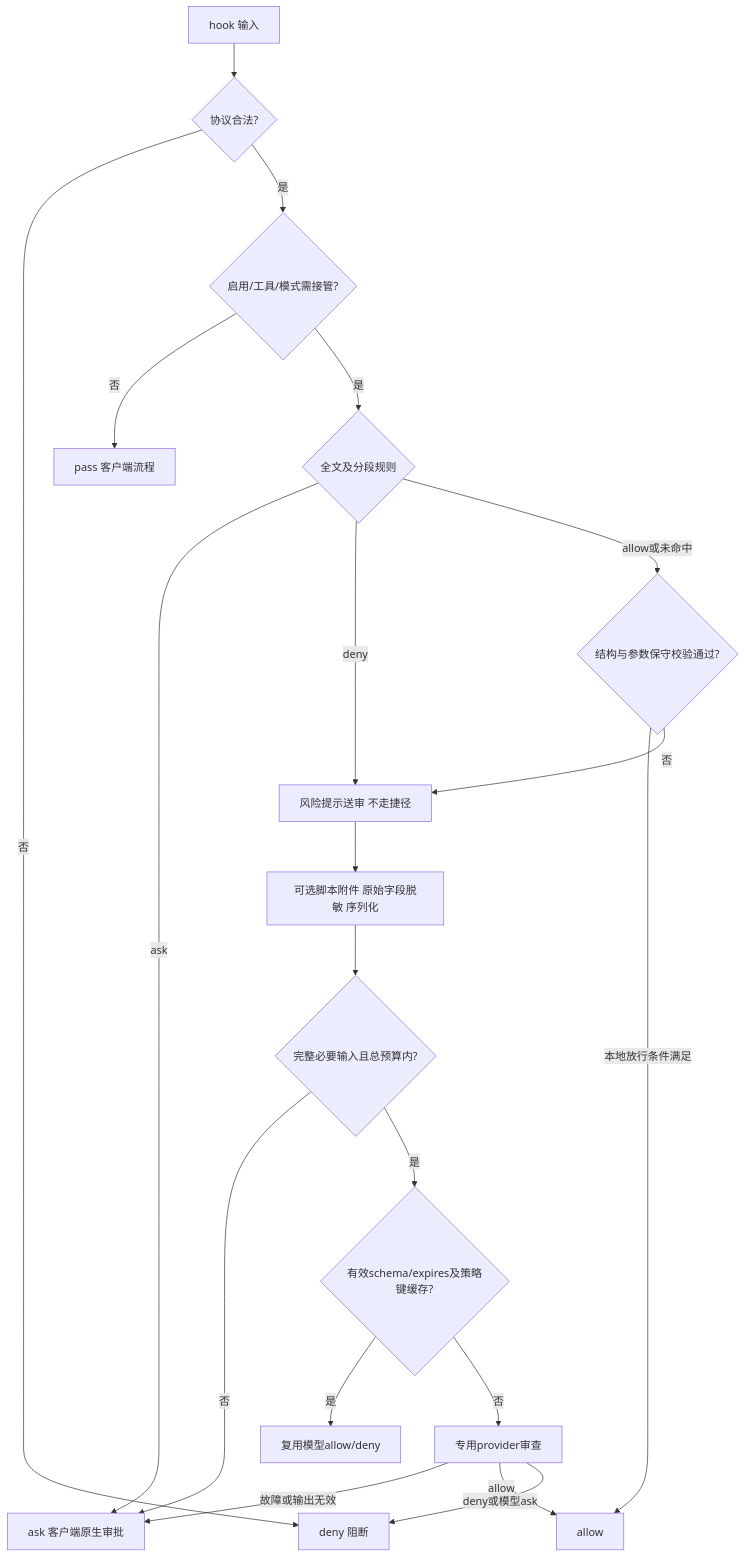
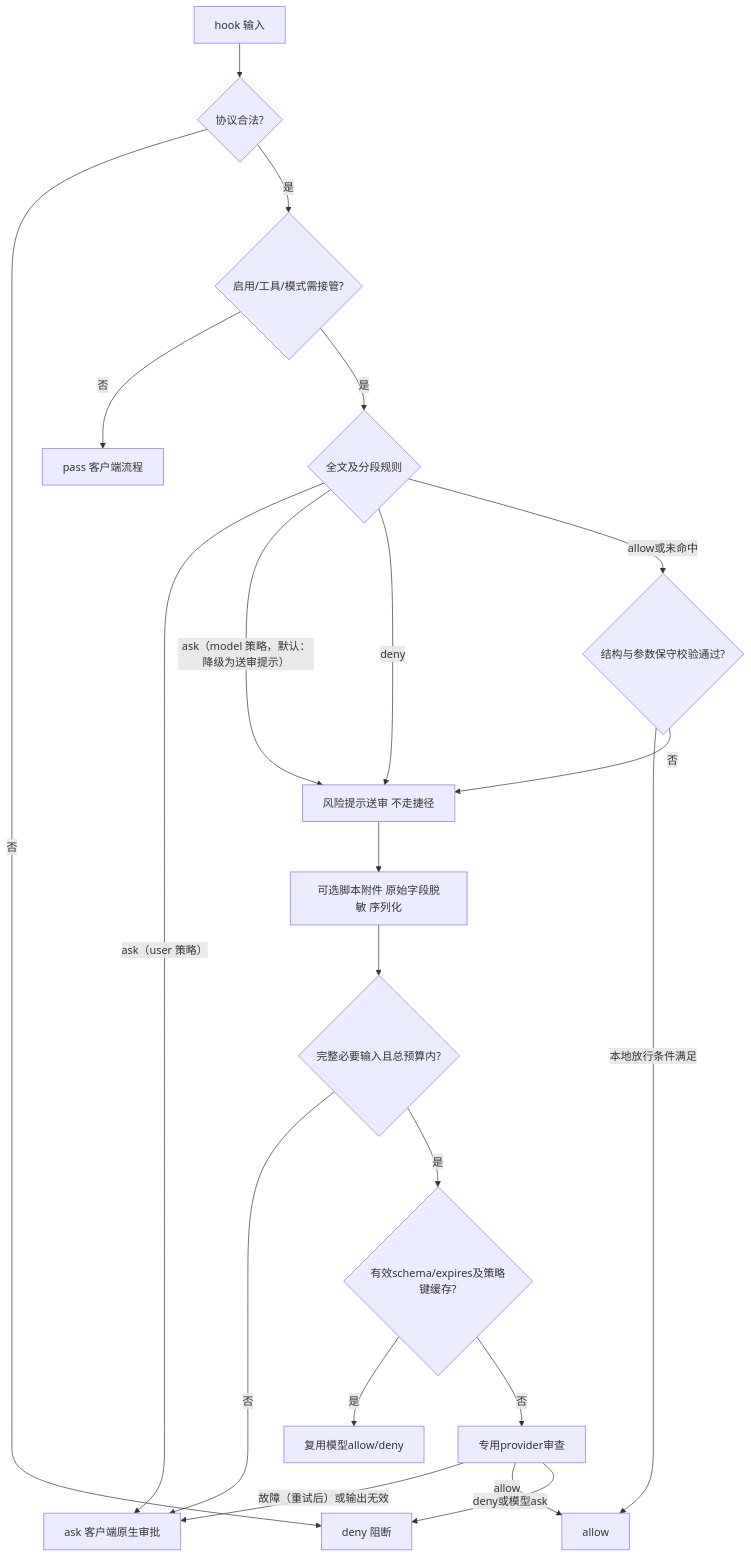
Before and after one commit to cy-2-u/zhao: the diagram in docs/project_wiki/02_开发文档/模块设计_决策管线.md, drawn with Mermaid. The commit also changed other lines of this file and 29 other files, not shown here.

````diff
--- a/docs/project_wiki/02_开发文档/模块设计_决策管线.md
+++ b/docs/project_wiki/02_开发文档/模块设计_决策管线.md
@@ -7,22 +7,23 @@
 ```mermaid
 flowchart TD
     A[hook 输入] --> B{协议合法?}
     B -- 否 --> D[deny 阻断]
     B -- 是 --> C{启用/工具/模式需接管?}
     C -- 否 --> P[pass 客户端流程]
     C -- 是 --> E{全文及分段规则}
-    E -- ask --> Q[ask 客户端原生审批]
-    E -- deny --> H[风险提示送审 不走捷径]
+    E -- "ask（user 策略）" --> Q[ask 客户端原生审批]
+    E -- "ask（model 策略，默认：降级为送审提示）" --> H[风险提示送审 不走捷径]
+    E -- deny --> H
     E -- allow或未命中 --> F{结构与参数保守校验通过?}
     F -- 本地放行条件满足 --> L[allow]
     F -- 否 --> H
     H --> S[可选脚本附件 原始字段脱敏 序列化]
     S --> T{完整必要输入且总预算内?}
     T -- 否 --> Q
     T -- 是 --> K{有效schema/expires及策略键缓存?}
     K -- 是 --> V[复用模型allow/deny]
     K -- 否 --> M[专用provider审查]
-    M -- 故障或输出无效 --> Q
+    M -- "故障（重试后）或输出无效" --> Q
     M -- allow --> L
     M -- deny或模型ask --> D
 ```
````
